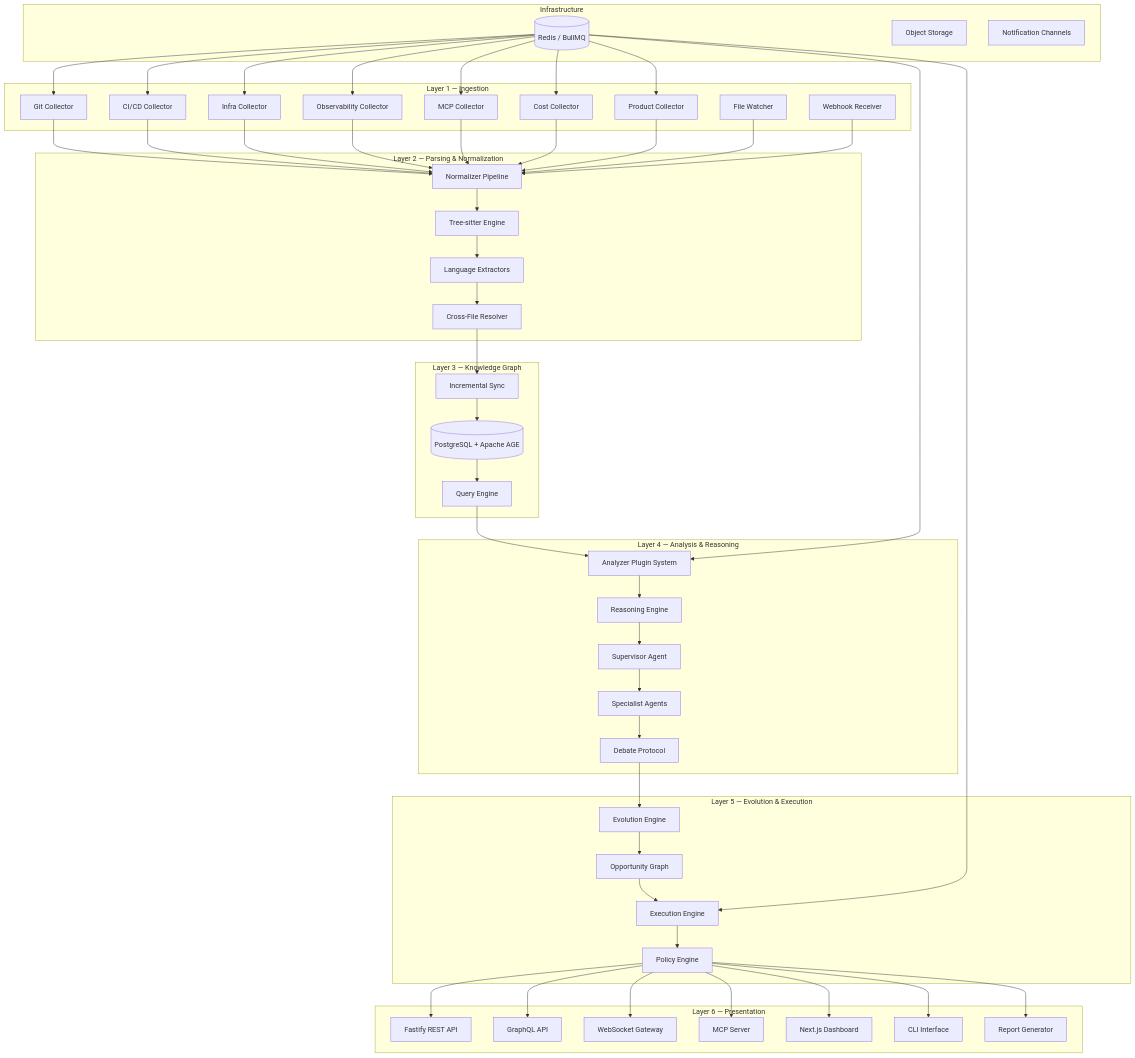
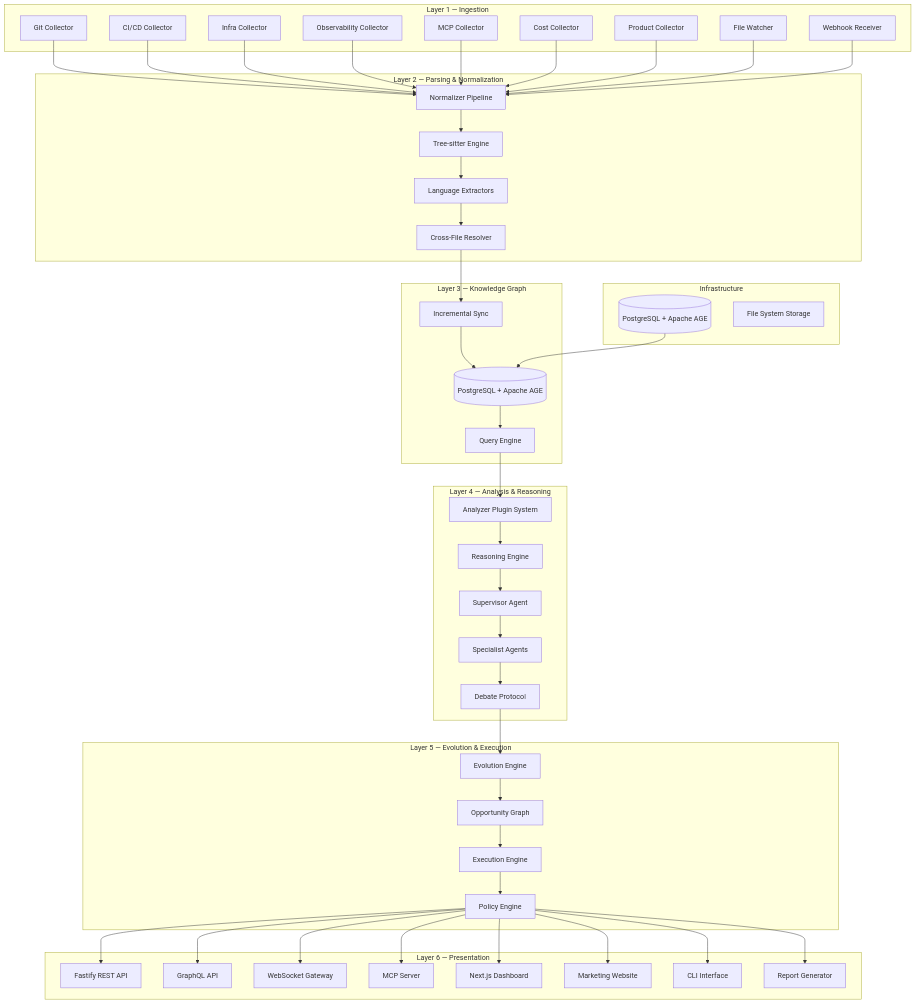
The first of 10 diagrams in docs/ARCHITECTURE.md (Talomia/Recurrsive), drawn with Mermaid before and after one commit. The commit also changed other lines of this file and 7 other files, not shown here.

````diff
--- a/docs/ARCHITECTURE.md
+++ b/docs/ARCHITECTURE.md
@@ -33,73 +33,71 @@
 ```mermaid
 graph TB
     subgraph Ingestion["Layer 1 — Ingestion"]
         C1[Git Collector]
         C2[CI/CD Collector]
         C3[Infra Collector]
         C4[Observability Collector]
         C5[MCP Collector]
         C6[Cost Collector]
         C7[Product Collector]
         FW[File Watcher]
         WH[Webhook Receiver]
     end
 
     subgraph Parsing["Layer 2 — Parsing & Normalization"]
         TS[Tree-sitter Engine]
         LE[Language Extractors]
         NR[Normalizer Pipeline]
         CR[Cross-File Resolver]
     end
 
     subgraph Graph["Layer 3 — Knowledge Graph"]
         PG[(PostgreSQL + Apache AGE)]
         IS[Incremental Sync]
         QE[Query Engine]
     end
 
     subgraph Analysis["Layer 4 — Analysis & Reasoning"]
         AP[Analyzer Plugin System]
         RE[Reasoning Engine]
         SV[Supervisor Agent]
         SA[Specialist Agents]
         DB[Debate Protocol]
     end
 
     subgraph Evolution["Layer 5 — Evolution & Execution"]
         EE[Evolution Engine]
         OG[Opportunity Graph]
         XE[Execution Engine]
         PE[Policy Engine]
     end
 
     subgraph Presentation["Layer 6 — Presentation"]
         API[Fastify REST API]
         GQL[GraphQL API]
         WS[WebSocket Gateway]
         MCP[MCP Server]
         DASH[Next.js Dashboard]
+        SITE[Marketing Website]
         CLI[CLI Interface]
         RPT[Report Generator]
     end
 
     subgraph Infrastructure["Infrastructure"]
-        RD[(Redis / BullMQ)]
-        S3[Object Storage]
-        SMTP[Notification Channels]
+        PGI[(PostgreSQL + Apache AGE)]
+        FS[File System Storage]
     end
 
     C1 & C2 & C3 & C4 & C5 & C6 & C7 --> NR
     FW & WH --> NR
     NR --> TS --> LE --> CR
     CR --> IS --> PG
     PG --> QE --> AP
     AP --> RE --> SV
     SV --> SA --> DB
     DB --> EE --> OG
     OG --> XE
     XE --> PE
-    PE --> API & GQL & WS & MCP & DASH & CLI & RPT
-    RD --> C1 & C2 & C3 & C4 & C5 & C6 & C7
-    RD --> AP
-    RD --> XE
+    PE --> API & GQL & WS & MCP & DASH & SITE & CLI & RPT
+    PGI --> PG
 ```
````
